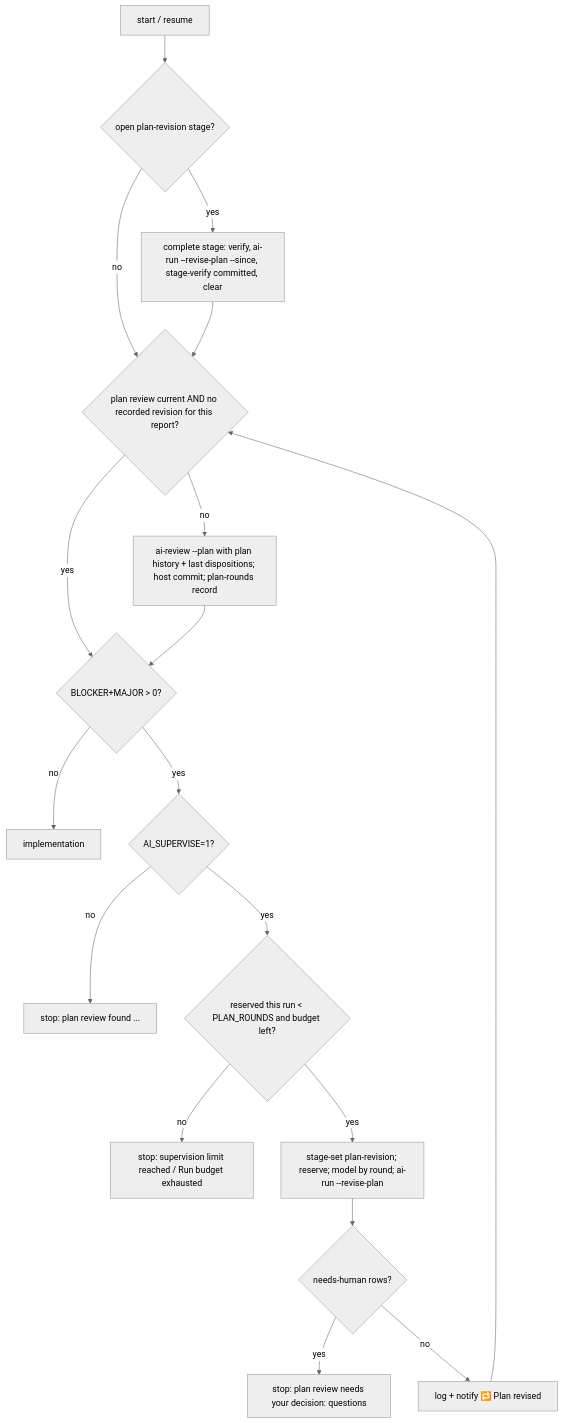
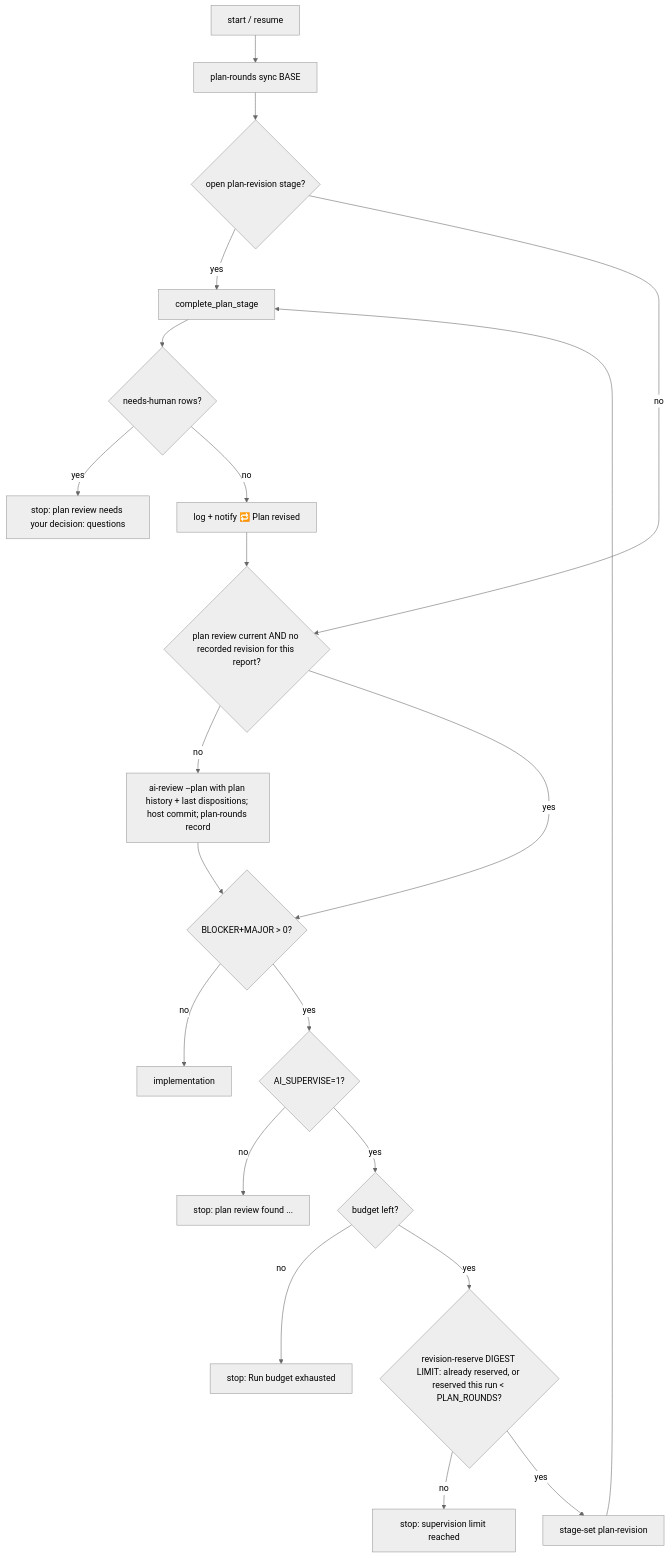
Before and after one commit to Muf454/agents: the diagram in .ai/current-plan.md, drawn with Mermaid (neutral theme). The commit also changed other lines of this file and 5 other files, not shown here.

First line of the commit message:
plan: FL-04 revision 3 after plan review round 2 (P1-P8)

````diff
--- a/.ai/current-plan.md
+++ b/.ai/current-plan.md
@@ -52,19 +80,22 @@
 ```mermaid
 flowchart TD
-  A[start / resume] --> S{open plan-revision stage?}
-  S -- yes --> C[complete stage: verify, ai-run --revise-plan --since, stage-verify committed, clear]
+  A[start / resume] --> Y[plan-rounds sync BASE]
+  Y --> S{open plan-revision stage?}
+  S -- yes --> C[complete_plan_stage]
   S -- no --> R{plan review current AND no recorded revision for this report?}
-  C --> R
+  C --> N
   R -- no --> V[ai-review --plan with plan history + last dispositions; host commit; plan-rounds record]
   R -- yes --> K
   V --> K{BLOCKER+MAJOR > 0?}
   K -- no --> I[implementation]
   K -- yes --> O{AI_SUPERVISE=1?}
   O -- no --> H1[stop: plan review found ...]
-  O -- yes --> L{reserved this run < PLAN_ROUNDS and budget left?}
-  L -- no --> H2[stop: supervision limit reached / Run budget exhausted]
-  L -- yes --> T[stage-set plan-revision; reserve; model by round; ai-run --revise-plan]
-  T --> N{needs-human rows?}
+  O -- yes --> L{budget left?}
+  L -- no --> H2[stop: Run budget exhausted]
+  L -- yes --> Q{revision-reserve DIGEST LIMIT: already reserved, or reserved this run < PLAN_ROUNDS?}
+  Q -- no --> H4[stop: supervision limit reached]
+  Q -- yes --> T[stage-set plan-revision] --> C
+  N{needs-human rows?}
   N -- yes --> H3[stop: plan review needs your decision: questions]
   N -- no --> P[log + notify 🔁 Plan revised] --> R
 ```
````
